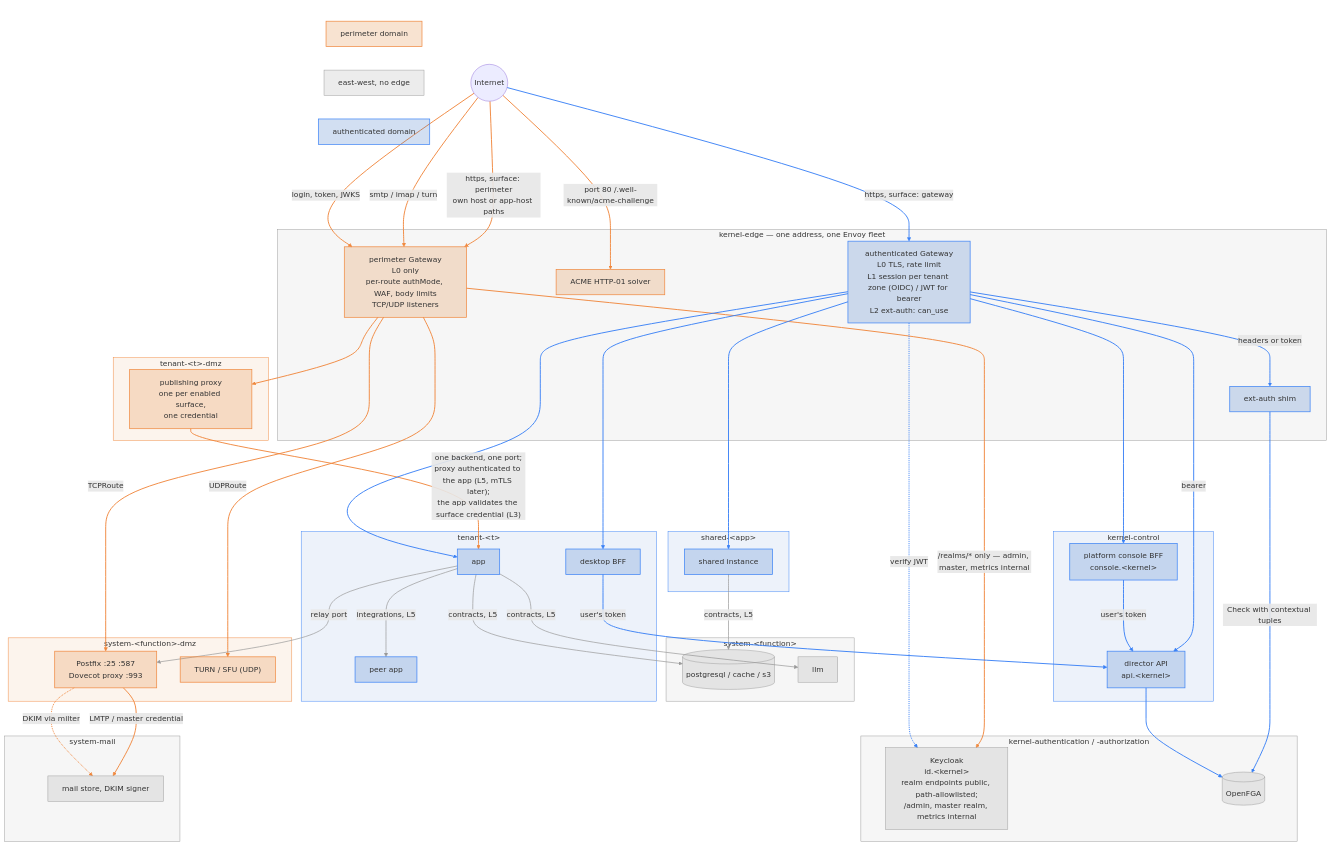
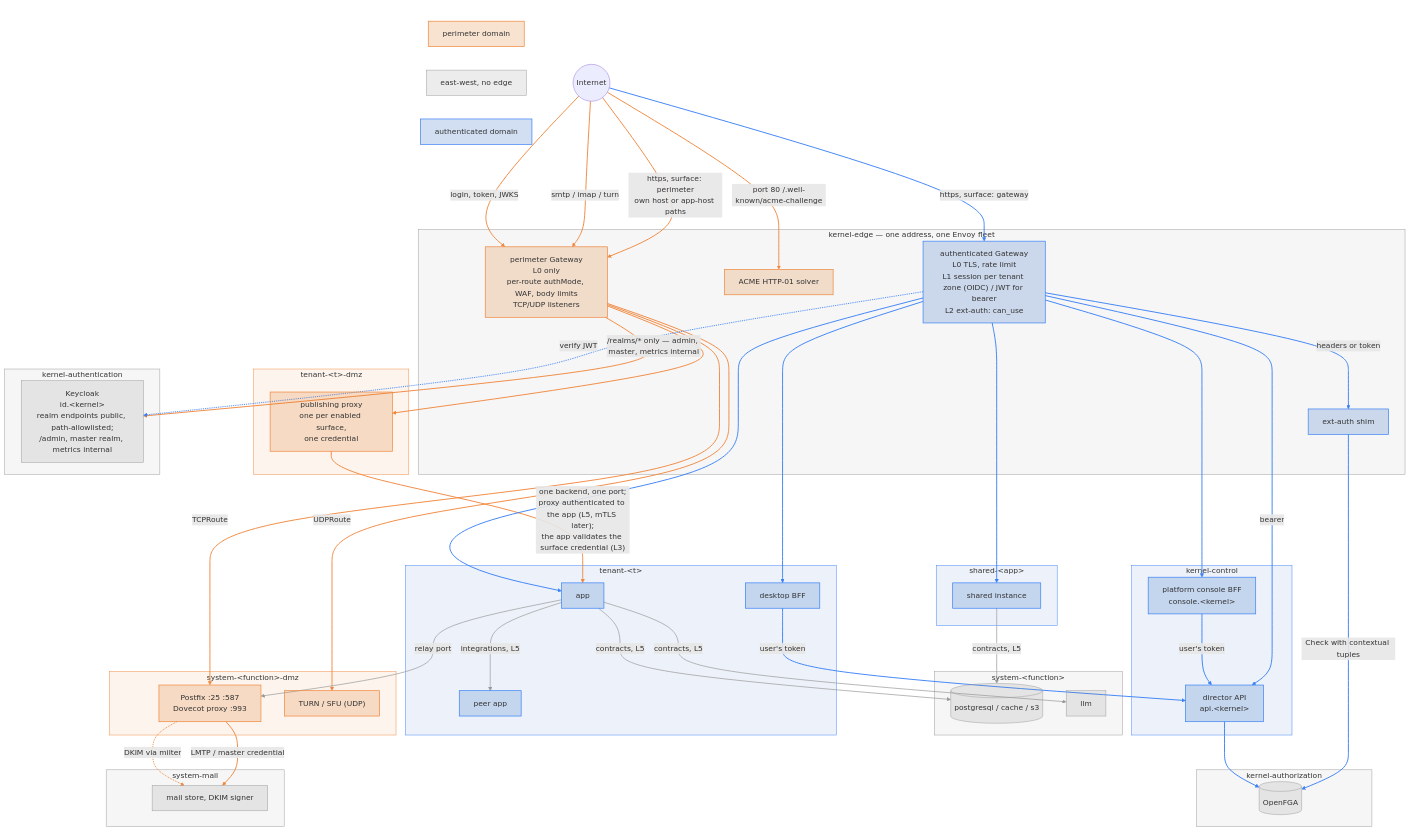
One commit to gentian-org/gentian-os changed the diagram in docs/plans/networking.md. Above: the diagram before and after it, drawn with Mermaid.

Commit message:
docs(networking): kernel-authentication and kernel-authorization as separate boxes, authentication beside system-mail

```diff
--- a/docs/plans/networking.md
+++ b/docs/plans/networking.md
@@ -76,8 +76,11 @@
         STORE["mail store, DKIM signer"]
     end
 
-    subgraph KAUTH["kernel-authentication / -authorization"]
+    subgraph KAUTHN["kernel-authentication"]
         KC["Keycloak<br/>id.&lt;kernel&gt;<br/>realm endpoints public, path-allowlisted;<br/>/admin, master realm, metrics internal"]
+    end
+
+    subgraph KAUTHZ["kernel-authorization"]
         FGA[("OpenFGA")]
     end
 
@@ -142,7 +145,8 @@
     style TDMZ fill:#d9731a14,stroke:#f0883e
     style SDMZ fill:#d9731a14,stroke:#f0883e
     style EDGE fill:#80808012,stroke:#9a9a9a
-    style KAUTH fill:#80808012,stroke:#9a9a9a
+    style KAUTHN fill:#80808012,stroke:#9a9a9a
+    style KAUTHZ fill:#80808012,stroke:#9a9a9a
     style SYS fill:#80808012,stroke:#9a9a9a
     style SMAIL fill:#80808012,stroke:#9a9a9a
     style LEGEND fill:none,stroke:none
```
